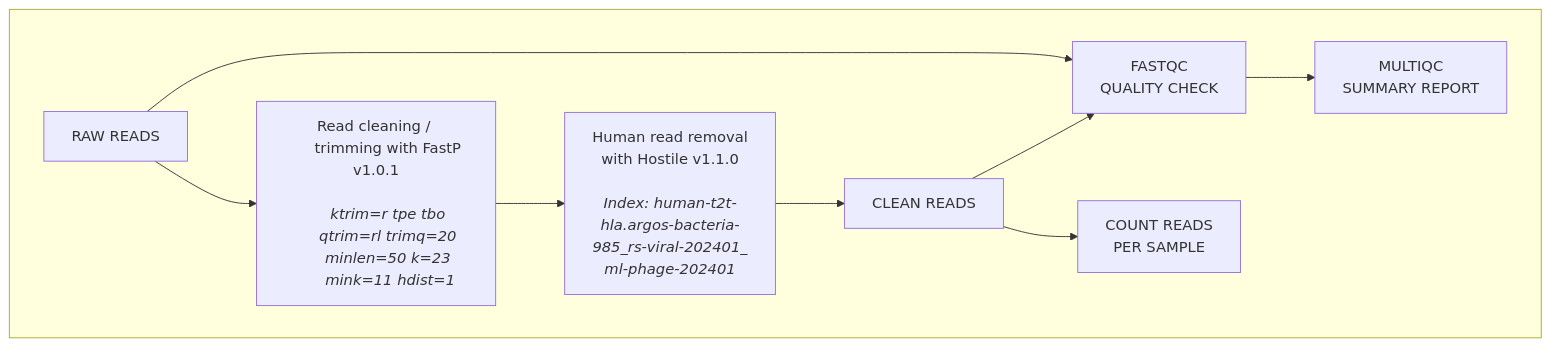
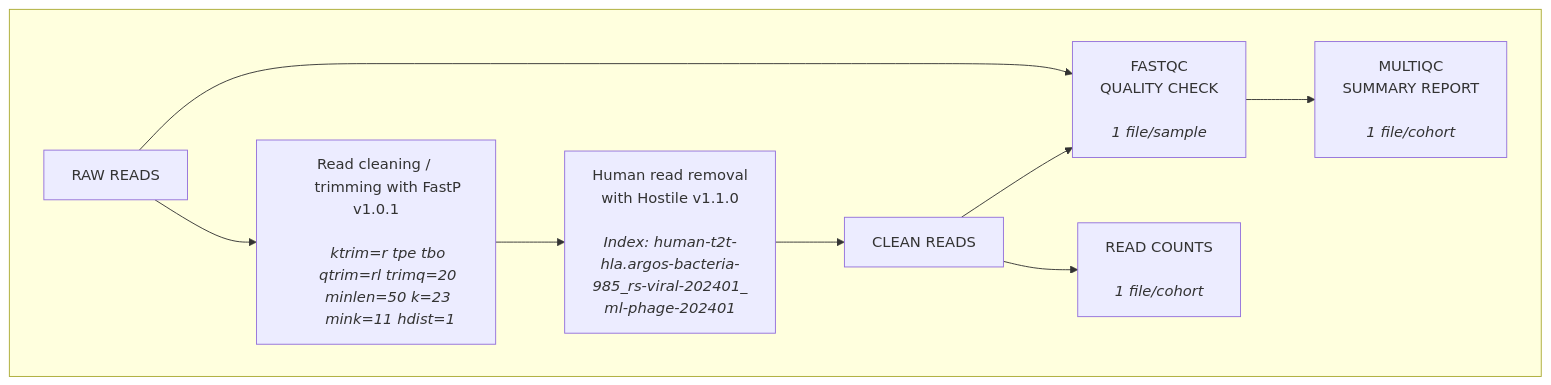
Before and after one commit to armetcal/Bioinformatic-Tool-Wikipedia: the diagram in Virome/diagrams/cleaning_flowchart.mmd, drawn with Mermaid. The commit also changed 37 other files, not shown here.

```diff
--- a/Virome/diagrams/cleaning_flowchart.mmd
+++ b/Virome/diagrams/cleaning_flowchart.mmd
@@ -1,29 +1,34 @@
 flowchart TB
   subgraph Step1[" "]
     A1[RAW READS]
     A2[Read cleaning / 
       trimming with FastP v1.0.1
 
       <i>ktrim=r tpe tbo 
       qtrim=rl trimq=20 
       minlen=50 k=23 
       mink=11 hdist=1</i>]
     A3[Human read removal 
     with Hostile v1.1.0
 
       <i>Index: human-t2t-
       hla.argos-bacteria-
       985_rs-viral-202401_
       ml-phage-202401</i>]
     A4[CLEAN READS]
-    A5[COUNT READS 
-        PER SAMPLE]
     A6[FASTQC 
-        QUALITY CHECK]
+        QUALITY CHECK 
+
+        <i>1 file/sample</i>]
     A7[MULTIQC 
-        SUMMARY REPORT]
+        SUMMARY REPORT 
+
+        <i>1 file/cohort</i>]
+    A8[READ COUNTS 
+
+        <i>1 file/cohort</i>]
     A1 --> A2 --> A3 --> A4
     A4 --> A6 --> A7
-    A4 --> A5
+    A4 --> A8
     A1 --> A6
   end
```
